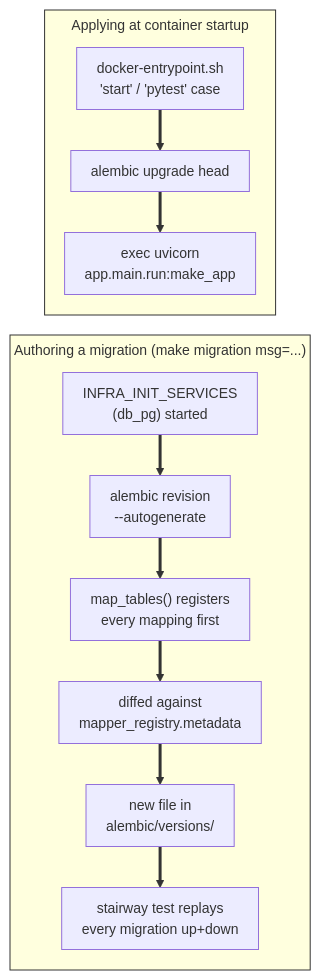
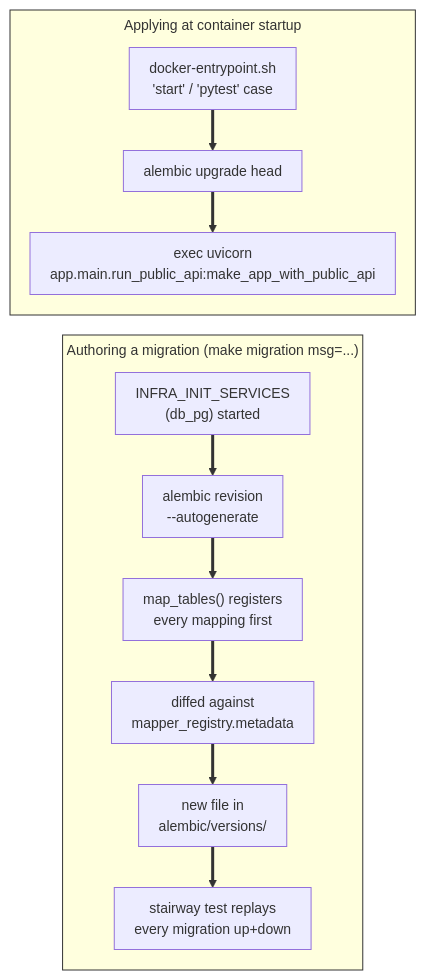
One commit to Kgotso-Koete/fastapi-clean-example changed the second of 2 diagrams in docs/wiki/content/infrastructure-services/database.md. Above: the diagram before and after it, drawn with Mermaid. The commit also changed 84 other files, not shown here.

Commit message:
feat(auth): add public API with API-key authentication (v0.14.0) (#12)

````diff
--- a/docs/wiki/content/infrastructure-services/database.md
+++ b/docs/wiki/content/infrastructure-services/database.md
@@ -59,20 +59,20 @@
     ```mermaid
     %%{init: {"theme": "default", "themeVariables": {"fontSize": "14px"}, "flowchart": {"nodeSpacing": 20, "rankSpacing": 16, "padding": 10, "subGraphTitleMargin": {"top": 5, "bottom": 12}, "useMaxWidth": false}}}%%
     flowchart LR
         subgraph author["Authoring a migration (make migration msg=...)"]
             infra["INFRA_INIT_SERVICES\n(db_pg) started"] --> autogen["alembic revision\n--autogenerate"]
             autogen --> maptables1["map_tables() registers\nevery mapping first"]
             maptables1 --> diff["diffed against\nmapper_registry.metadata"]
             diff --> versionfile["new file in\nalembic/versions/"]
             versionfile --> stairway["stairway test replays\nevery migration up+down"]
         end
 
         subgraph apply["Applying at container startup"]
             entrypoint["docker-entrypoint.sh\n'start' / 'pytest' case"] --> upgrade["alembic upgrade head"]
-            upgrade --> uvicorn["exec uvicorn\napp.main.run:make_app"]
+            upgrade --> uvicorn["exec uvicorn\napp.main.run_public_api:make_app_with_public_api"]
         end
 
         linkStyle default stroke-width:3px,stroke:#333333
         style author stroke-width:1px,stroke:#333333
         style apply stroke-width:1px,stroke:#333333
     ```
````
